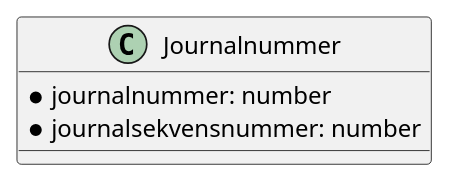
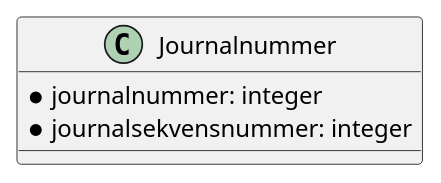
Before and after one commit to ks-no/fiks-saksfaser-specification: the diagram in Dokumentasjon/V1/ClassDiagrams/no.ks.fiks.saksfaser.v1.felles.journalnummer/classdiagram.pu, drawn with PlantUML. The commit also changed 29 other files, not shown here.

Commit message:
Endret fra number til integer

```diff
--- a/Dokumentasjon/V1/ClassDiagrams/no.ks.fiks.saksfaser.v1.felles.journalnummer/classdiagram.pu
+++ b/Dokumentasjon/V1/ClassDiagrams/no.ks.fiks.saksfaser.v1.felles.journalnummer/classdiagram.pu
@@ -1,8 +1,8 @@
 @startuml
 
 class Journalnummer {
-    *journalnummer: number
-    *journalsekvensnummer: number
+    *journalnummer: integer
+    *journalsekvensnummer: integer
 }
 
 @enduml
```
